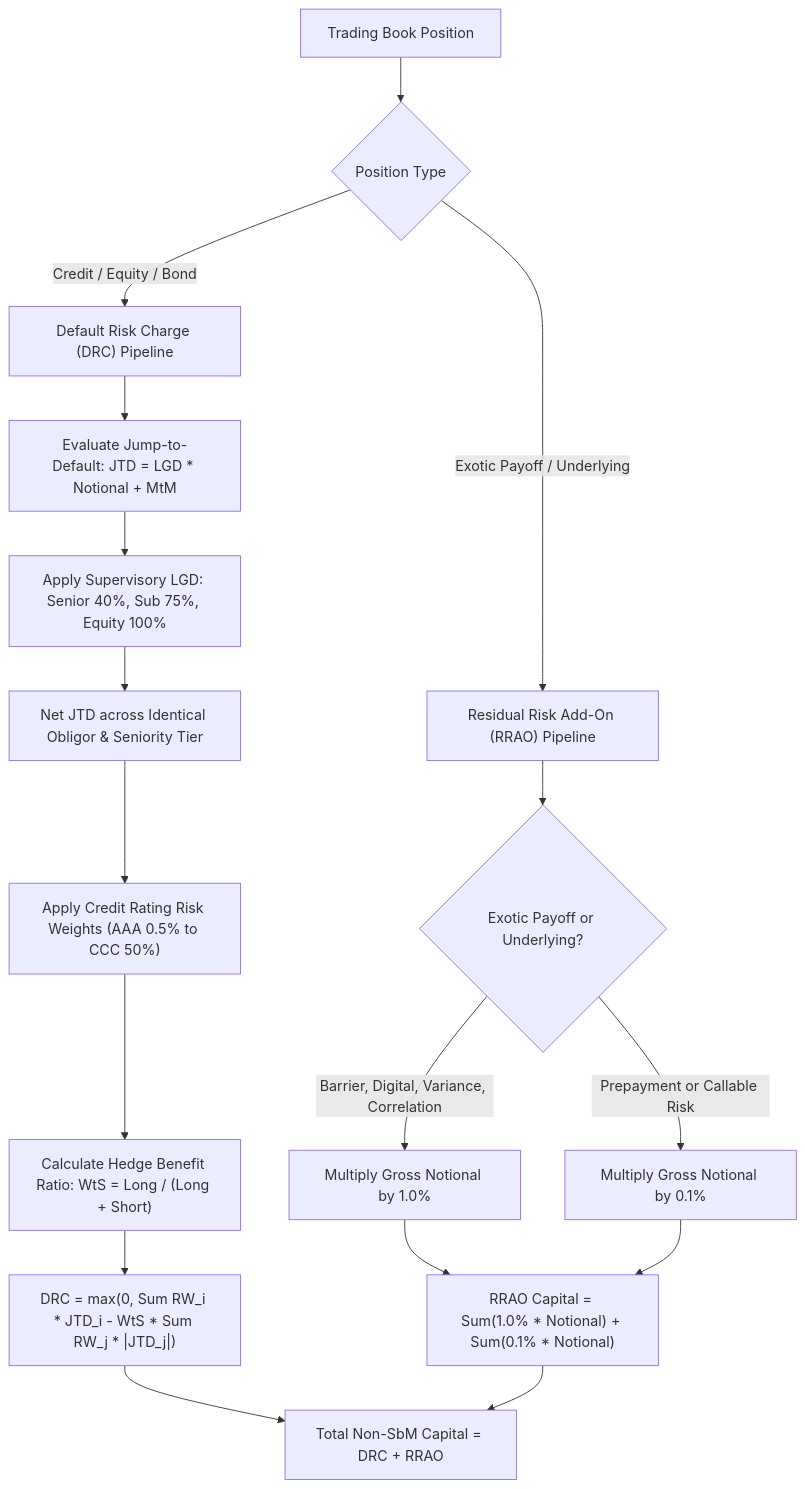
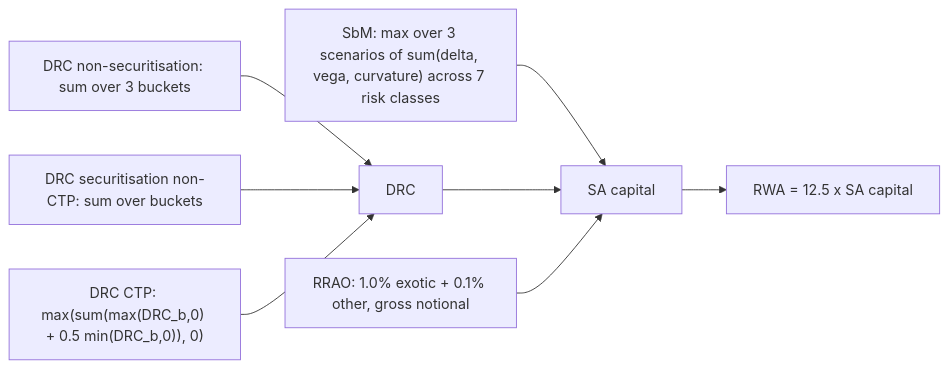
Before and after one commit to shreejitverma/The-Quant-Prep: the first of 2 diagrams in 17-Regulatory-Capital-Basel-and-FRTB/09-FRTB-Default-Risk-Charge-and-Residual-Risk-Add-On.md, drawn with Mermaid. The commit also changed other lines of this file and 10 other files, not shown here.

````diff
--- a/17-Regulatory-Capital-Basel-and-FRTB/09-FRTB-Default-Risk-Charge-and-Residual-Risk-Add-On.md
+++ b/17-Regulatory-Capital-Basel-and-FRTB/09-FRTB-Default-Risk-Charge-and-Residual-Risk-Add-On.md
@@ -156,21 +154,10 @@
 ```mermaid
-flowchart TD
-    A["Trading Book Position"] --> B{"Position Type"}
-    
-    B -- "Credit / Equity / Bond" --> C["Default Risk Charge (DRC) Pipeline"]
-    B -- "Exotic Payoff / Underlying" --> D["Residual Risk Add-On (RRAO) Pipeline"]
-    
-    C --> E["Evaluate Jump-to-Default: JTD = LGD * Notional + MtM"]
-    E --> F["Apply Supervisory LGD: Senior 40%, Sub 75%, Equity 100%"]
-    F --> G["Net JTD across Identical Obligor & Seniority Tier"]
-    G --> H["Apply Credit Rating Risk Weights (AAA 0.5% to CCC 50%)"]
-    H --> I["Calculate Hedge Benefit Ratio: WtS = Long / (Long + Short)"]
-    I --> J["DRC = max(0, Sum RW_i * JTD_i - WtS * Sum RW_j * |JTD_j|)"]
-    
-    D --> K{"Exotic Payoff or Underlying?"}
-    K -- "Barrier, Digital, Variance, Correlation" --> L["Multiply Gross Notional by 1.0%"]
-    K -- "Prepayment or Callable Risk" --> M["Multiply Gross Notional by 0.1%"]
-    L & M --> N["RRAO Capital = Sum(1.0% * Notional) + Sum(0.1% * Notional)"]
-    
-    J & N --> O["Total Non-SbM Capital = DRC + RRAO"]
+flowchart LR
+    S["SbM: max over 3 scenarios of sum(delta, vega, curvature) across 7 risk classes"] --> T["SA capital"]
+    D1["DRC non-securitisation: sum over 3 buckets"] --> D["DRC"]
+    D2["DRC securitisation non-CTP: sum over buckets"] --> D
+    D3["DRC CTP: max(sum(max(DRC_b,0) + 0.5 min(DRC_b,0)), 0)"] --> D
+    D --> T
+    R["RRAO: 1.0% exotic + 0.1% other, gross notional"] --> T
+    T --> W["RWA = 12.5 x SA capital"]
 ```
````
